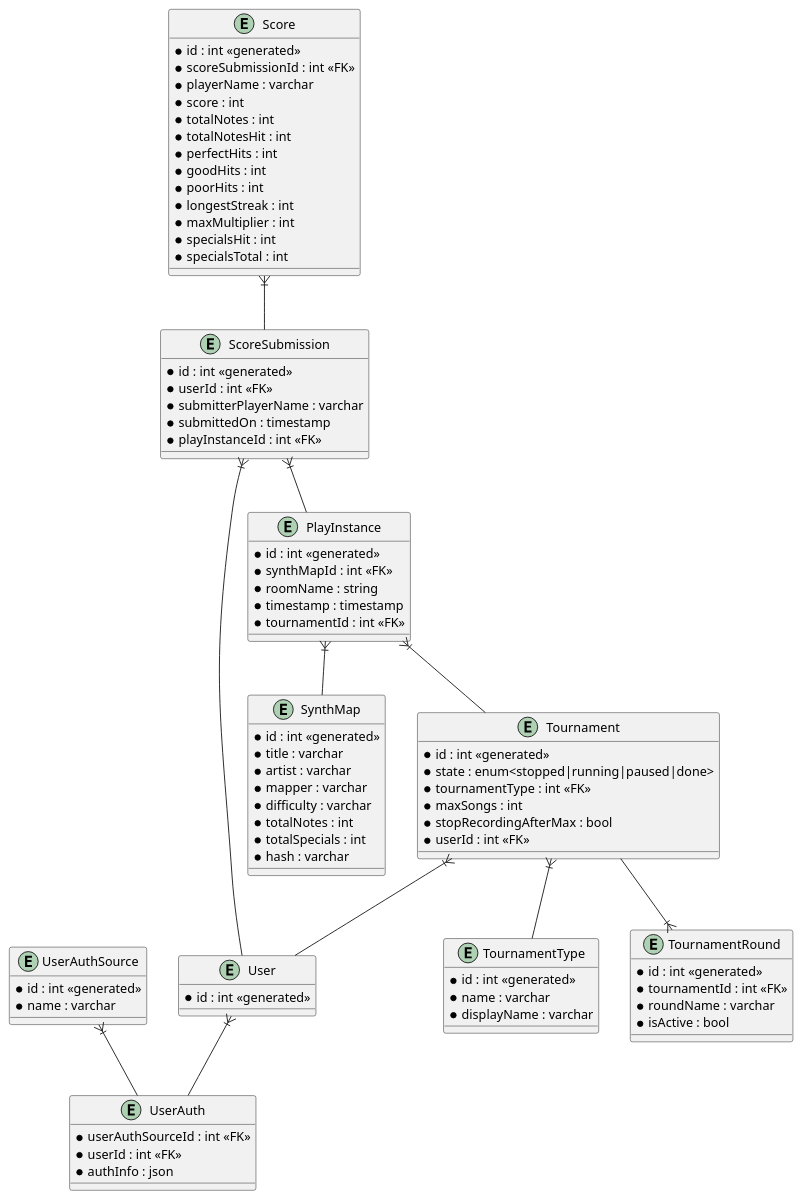
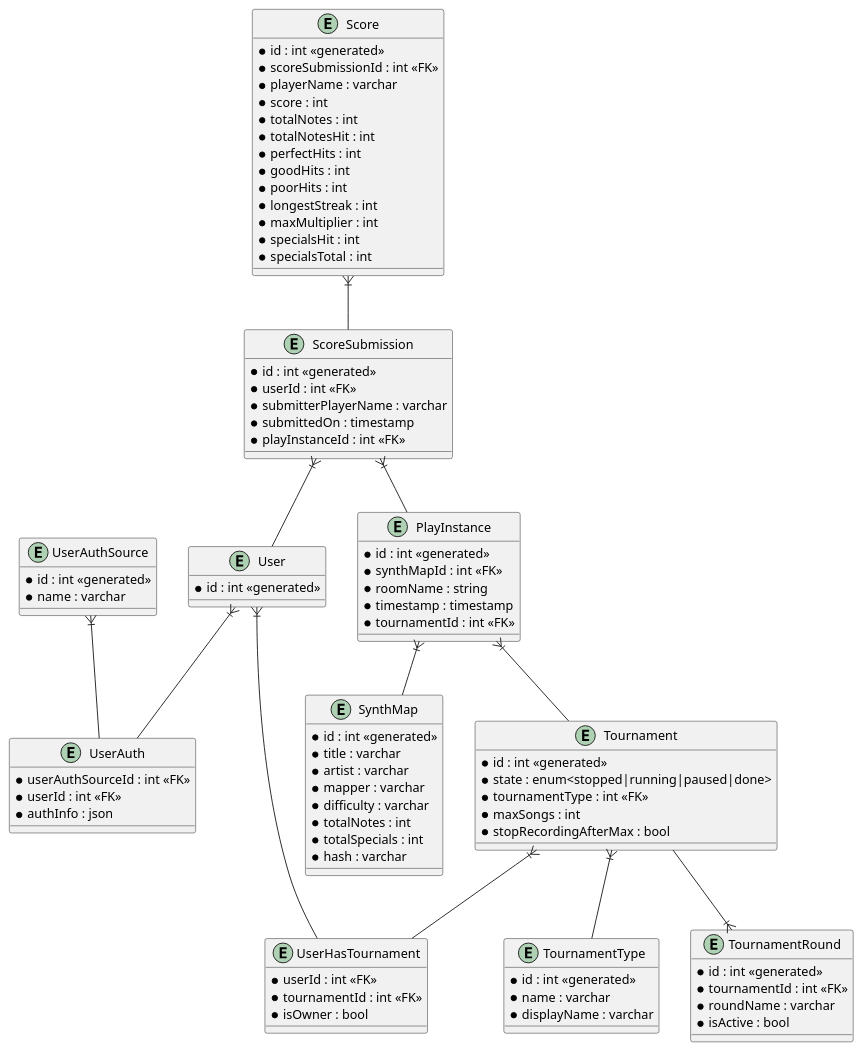
Before and after one commit to steglasaurous/synth-tourney: the first of 2 diagrams in docs/erd.puml, drawn with PlantUML. The commit also changed 3 other files, not shown here.

```diff
--- a/docs/erd.puml
+++ b/docs/erd.puml
@@ -1,94 +1,101 @@
 @startuml Future state
     entity User {
         * id : int <<generated>>
     }
 
     entity UserAuth {
         * userAuthSourceId : int <<FK>>
         * userId : int <<FK>>
         * authInfo : json
     }
 
     entity UserAuthSource {
         * id : int <<generated>>
         * name : varchar
     }
 
     entity SynthMap {
         * id : int <<generated>>
         * title : varchar
         * artist : varchar
         * mapper : varchar
         * difficulty : varchar
         * totalNotes : int
         * totalSpecials : int
         * hash : varchar
     }
 
     entity Tournament {
         * id : int <<generated>>
         * state : enum<stopped|running|paused|done>
         * tournamentType : int <<FK>>
         * maxSongs : int
         * stopRecordingAfterMax : bool
+    }
+
+    entity UserHasTournament {
         * userId : int <<FK>>
+        * tournamentId : int <<FK>>
+        * isOwner : bool
     }
 
     entity TournamentType {
         * id : int <<generated>>
         * name : varchar
         * displayName : varchar
     }
 
     entity TournamentRound {
         * id : int <<generated>>
         * tournamentId : int <<FK>>
         * roundName : varchar
         * isActive : bool
     }
 
     entity PlayInstance {
         * id : int <<generated>>
         * synthMapId : int <<FK>>
         * roomName : string
         * timestamp : timestamp
         * tournamentId : int <<FK>>
     }
 
     entity ScoreSubmission {
         * id : int <<generated>>
         * userId : int <<FK>>
         * submitterPlayerName : varchar
         * submittedOn : timestamp
         * playInstanceId : int <<FK>>
     }
 
     entity Score {
         * id : int <<generated>>
         * scoreSubmissionId : int <<FK>>
         * playerName : varchar
         * score : int
         * totalNotes : int
         * totalNotesHit : int
         * perfectHits : int
         * goodHits : int
         * poorHits : int
         * longestStreak : int
         * maxMultiplier : int
         * specialsHit : int
         * specialsTotal : int
     }
 
     UserAuthSource }|-- UserAuth
     User }|-- UserAuth
 
     Score }|-- ScoreSubmission
     ScoreSubmission }|-- PlayInstance
     ScoreSubmission }|-- User
     PlayInstance }|-- SynthMap
     PlayInstance }|-- Tournament
     Tournament }|-- TournamentType
-    Tournament }|-- User
+'    Tournament }|-- User
+    Tournament }|-- UserHasTournament
+    User }|-- UserHasTournament
     Tournament --|{ TournamentRound
 
 @enduml
```
